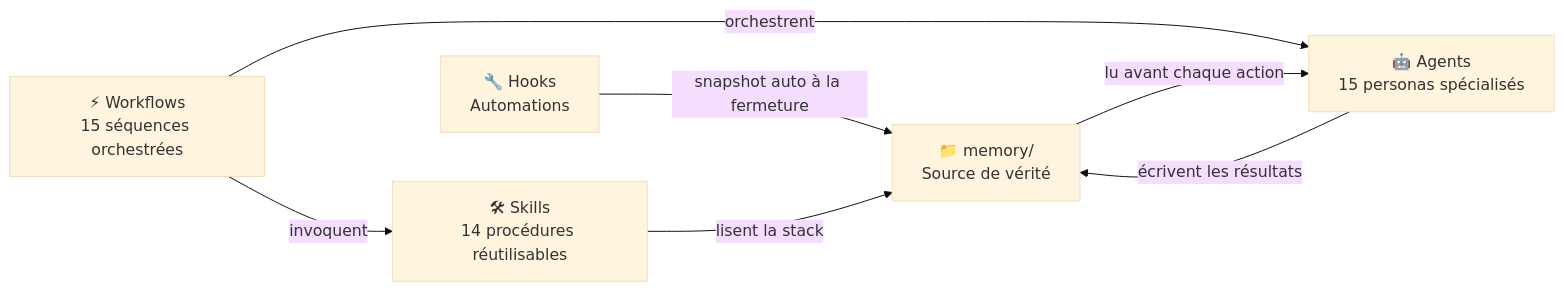
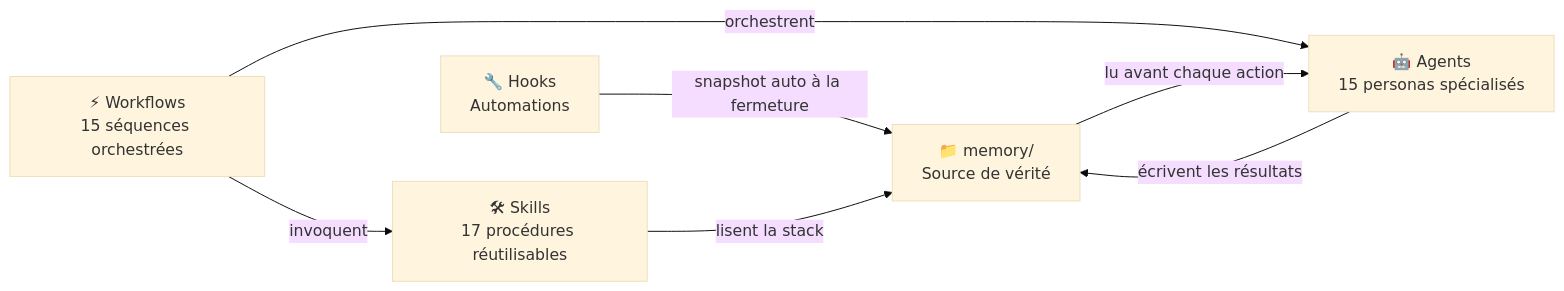
The diagram in docs/fr/README.md (KillianPiccerelle/ai-dev-framework), drawn with Mermaid (base theme) before and after one commit. The commit also changed other lines of this file and 10 other files, not shown here.

````diff
--- a/docs/fr/README.md
+++ b/docs/fr/README.md
@@ -109,15 +109,15 @@
 ```mermaid
 graph LR
     MEM["📁 memory/\nSource de vérité"]
     AGT["🤖 Agents\n15 personas spécialisés"]
     WFL["⚡ Workflows\n15 séquences orchestrées"]
-    SKL["🛠 Skills\n14 procédures réutilisables"]
+    SKL["🛠 Skills\n17 procédures réutilisables"]
     HKS["🔧 Hooks\nAutomations"]
 
     MEM -->|lu avant chaque action| AGT
     AGT -->|écrivent les résultats| MEM
     WFL -->|orchestrent| AGT
     WFL -->|invoquent| SKL
     SKL -->|lisent la stack| MEM
     HKS -->|snapshot auto à la fermeture| MEM
 ```
````
